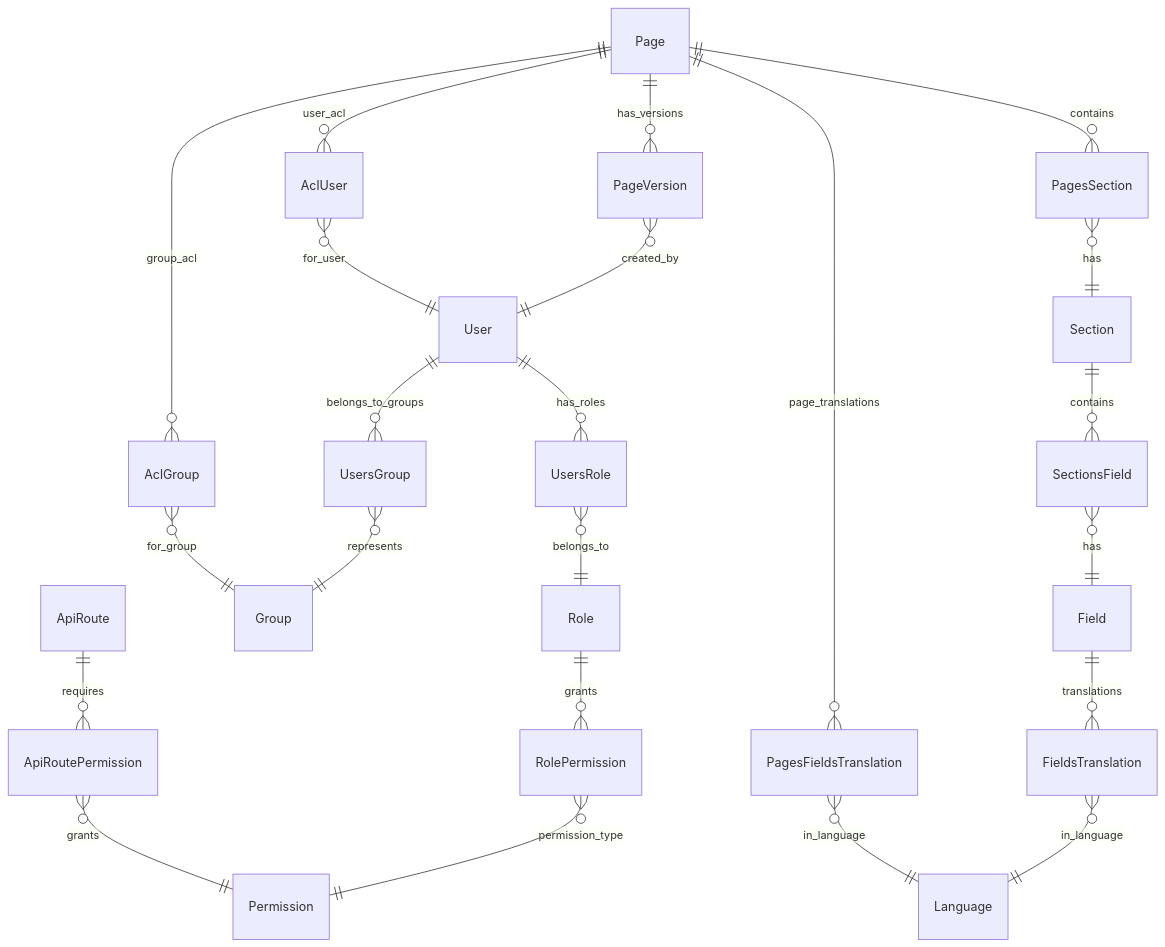
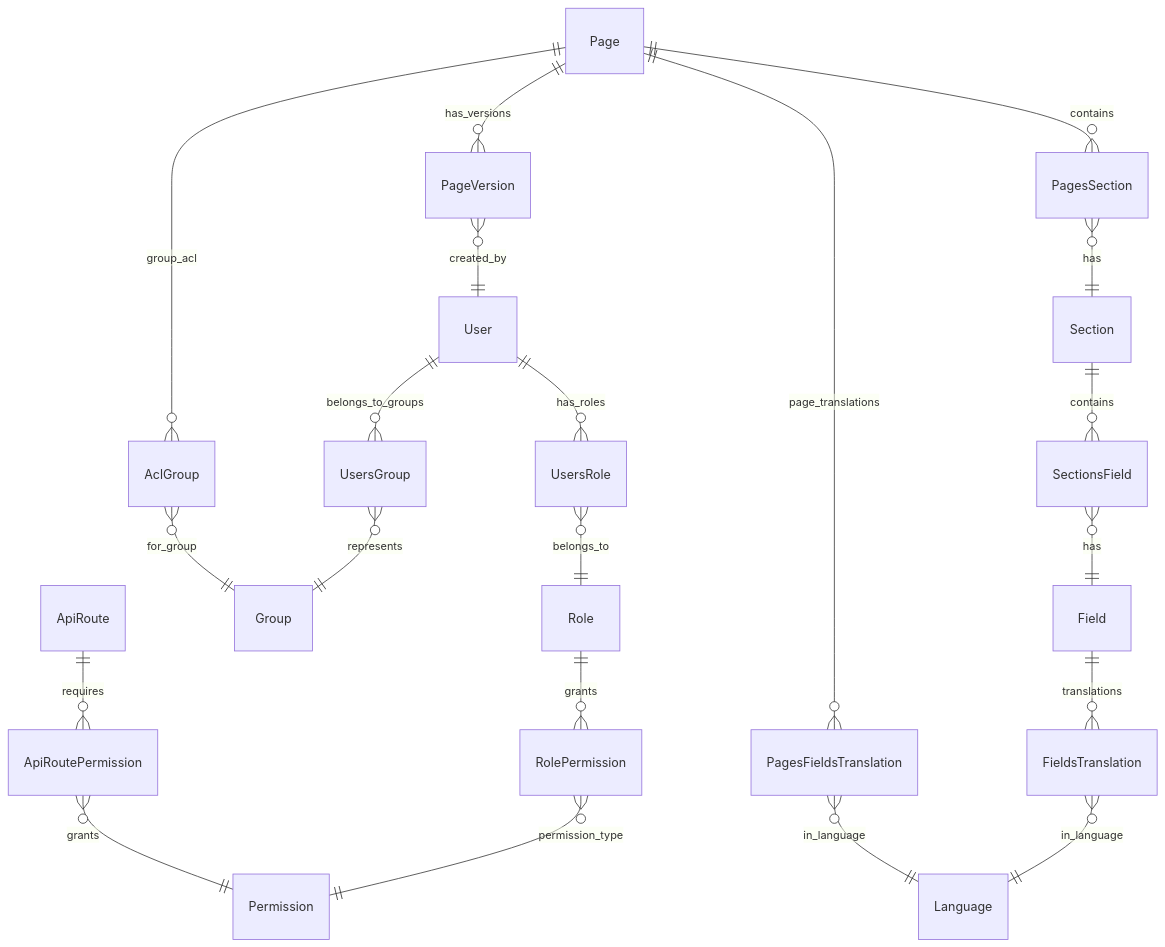
Before and after one commit to humdek-unibe-ch/sh-selfhelp_backend: the third of 3 diagrams in docs/developer/01-system-architecture.md, drawn with Mermaid. The commit also changed other lines of this file and 12 other files, not shown here.

````diff
--- a/docs/developer/01-system-architecture.md
+++ b/docs/developer/01-system-architecture.md
@@ -274,31 +273,29 @@
 ```mermaid
 erDiagram
     User ||--o{ UsersRole : has_roles
     UsersRole }o--|| Role : belongs_to
     Role ||--o{ RolePermission : grants
     RolePermission }o--|| Permission : permission_type
 
     User ||--o{ UsersGroup : belongs_to_groups
     UsersGroup }o--|| Group : represents
 
     ApiRoute ||--o{ ApiRoutePermission : requires
     ApiRoutePermission }o--|| Permission : grants
 
     Page ||--o{ PagesSection : contains
     PagesSection }o--|| Section : has
     Section ||--o{ SectionsField : contains
     SectionsField }o--|| Field : has
 
     Page ||--o{ PageVersion : has_versions
     PageVersion }o--|| User : created_by
 
-    Page ||--o{ AclUser : user_acl
     Page ||--o{ AclGroup : group_acl
-    AclUser }o--|| User : for_user
     AclGroup }o--|| Group : for_group
 
     Field ||--o{ FieldsTranslation : translations
     FieldsTranslation }o--|| Language : in_language
     Page ||--o{ PagesFieldsTranslation : page_translations
     PagesFieldsTranslation }o--|| Language : in_language
 ```
````
